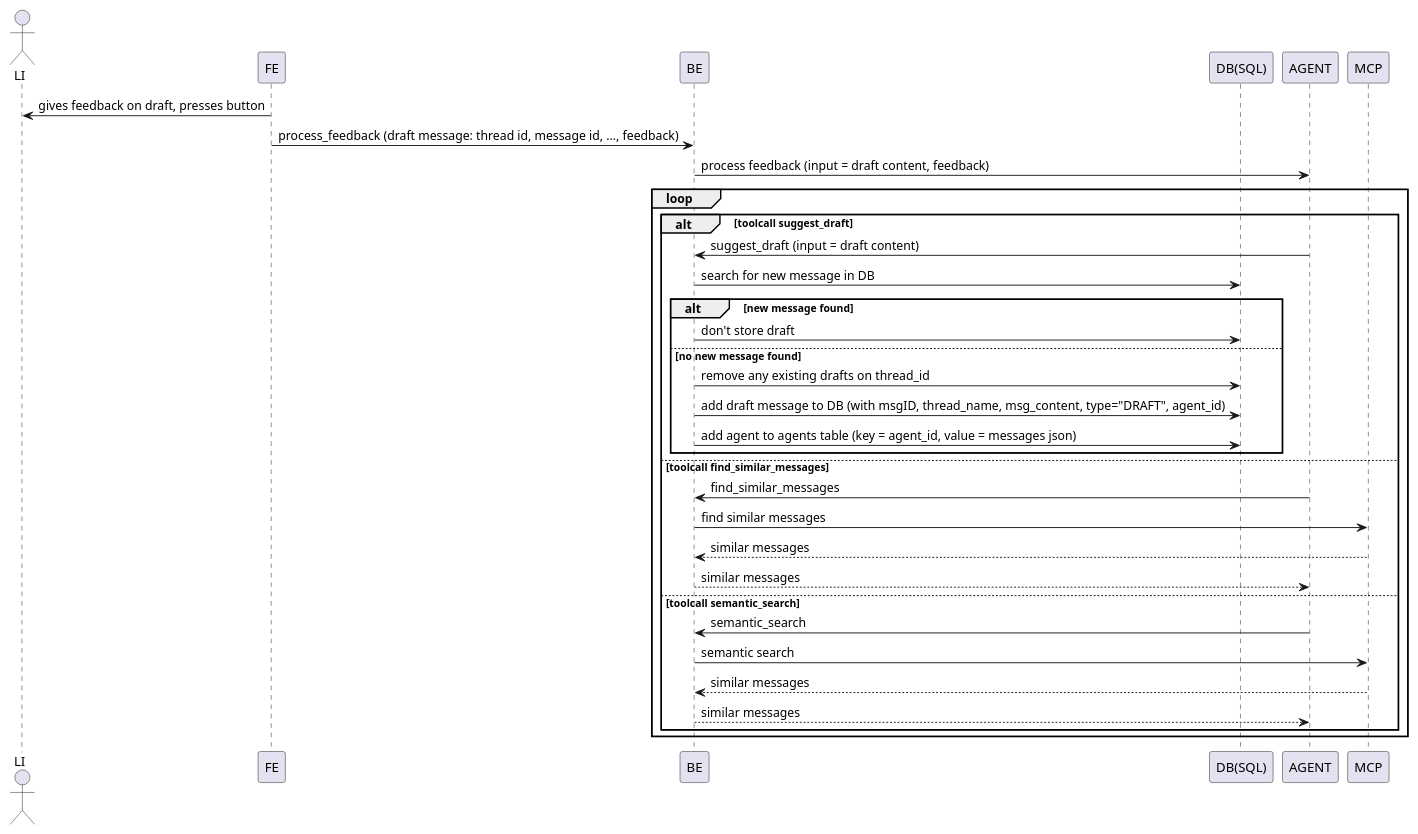
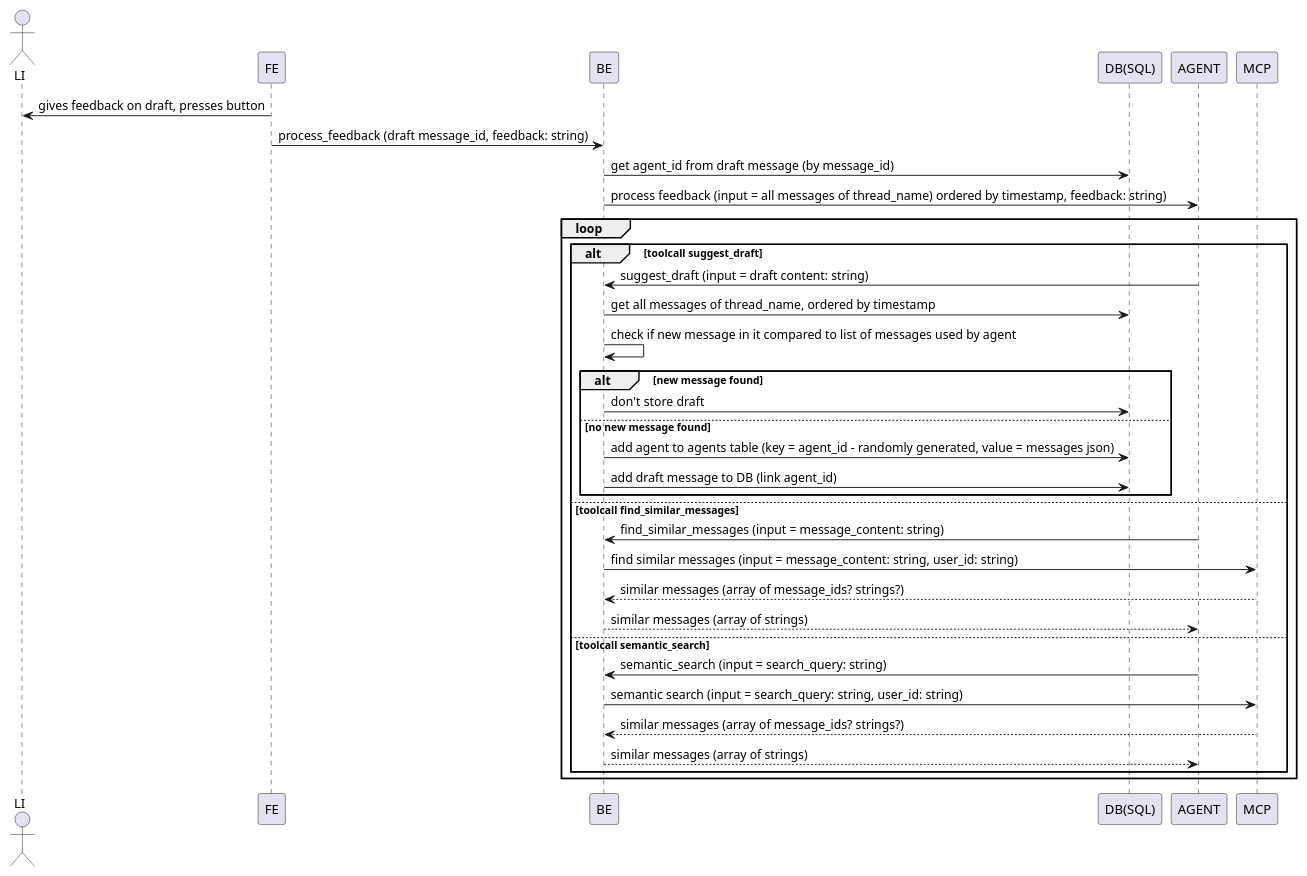
Before and after one commit to Itempass/mcphackathon-linkedin-intern: the diagram in UML_diagrams/user_feedback_sequence_diagram.puml, drawn with PlantUML. The commit also changed 6 other files, not shown here.

```diff
--- a/UML_diagrams/user_feedback_sequence_diagram.puml
+++ b/UML_diagrams/user_feedback_sequence_diagram.puml
@@ -1,35 +1,36 @@
 @startuml
 actor LI
 participant FE
 participant BE
 participant DB as "DB(SQL)"
 participant AGENT
 participant MCP
 
 LI <- FE: gives feedback on draft, presses button
-FE -> BE: process_feedback (draft message: thread id, message id, ..., feedback)
-BE -> AGENT: process feedback (input = draft content, feedback)
+FE -> BE: process_feedback (draft message_id, feedback: string)
+BE -> DB: get agent_id from draft message (by message_id)
+BE -> AGENT: process feedback (input = all messages of thread_name) ordered by timestamp, feedback: string)
 loop 
     alt toolcall suggest_draft
-        AGENT -> BE: suggest_draft (input = draft content)
-        BE -> DB: search for new message in DB
+        AGENT -> BE: suggest_draft (input = draft content: string)
+        BE -> DB: get all messages of thread_name, ordered by timestamp
+        BE -> BE: check if new message in it compared to list of messages used by agent
         alt new message found
             BE -> DB: don't store draft
         else no new message found
-            BE -> DB: remove any existing drafts on thread_id
-            BE -> DB: add draft message to DB (with msgID, thread_name, msg_content, type="DRAFT", agent_id)
-            BE -> DB: add agent to agents table (key = agent_id, value = messages json)
+            BE -> DB: add agent to agents table (key = agent_id - randomly generated, value = messages json)
+            BE -> DB: add draft message to DB (link agent_id)
         end
     else toolcall find_similar_messages
-        AGENT -> BE: find_similar_messages
-        BE -> MCP: find similar messages
-        MCP --> BE: similar messages
-        BE --> AGENT: similar messages
+        AGENT -> BE: find_similar_messages (input = message_content: string)
+        BE -> MCP: find similar messages (input = message_content: string, user_id: string)
+        MCP --> BE: similar messages (array of message_ids? strings?)
+        BE --> AGENT: similar messages (array of strings)
     else toolcall semantic_search
-        AGENT -> BE: semantic_search
-        BE -> MCP: semantic search
-        MCP --> BE: similar messages
-        BE --> AGENT: similar messages
+        AGENT -> BE: semantic_search (input = search_query: string)
+        BE -> MCP: semantic search (input = search_query: string, user_id: string)
+        MCP --> BE: similar messages (array of message_ids? strings?)
+        BE --> AGENT: similar messages (array of strings)
     end
 end
 @enduml
```
